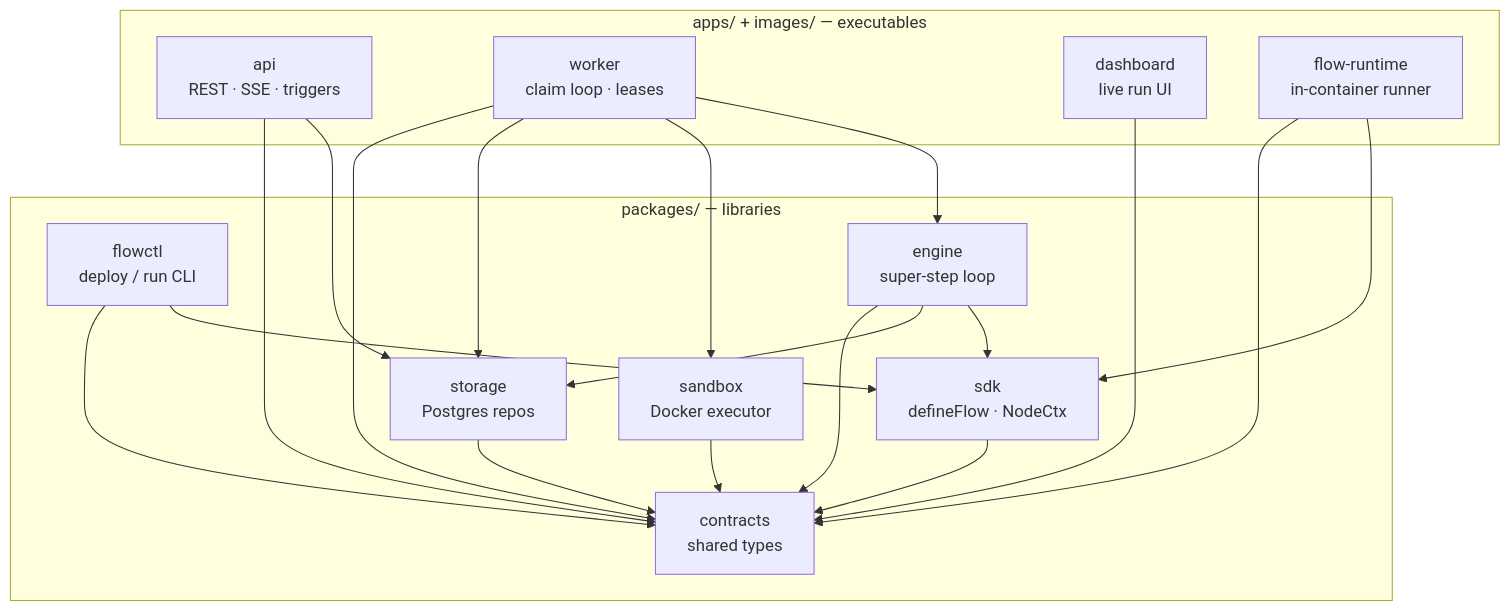
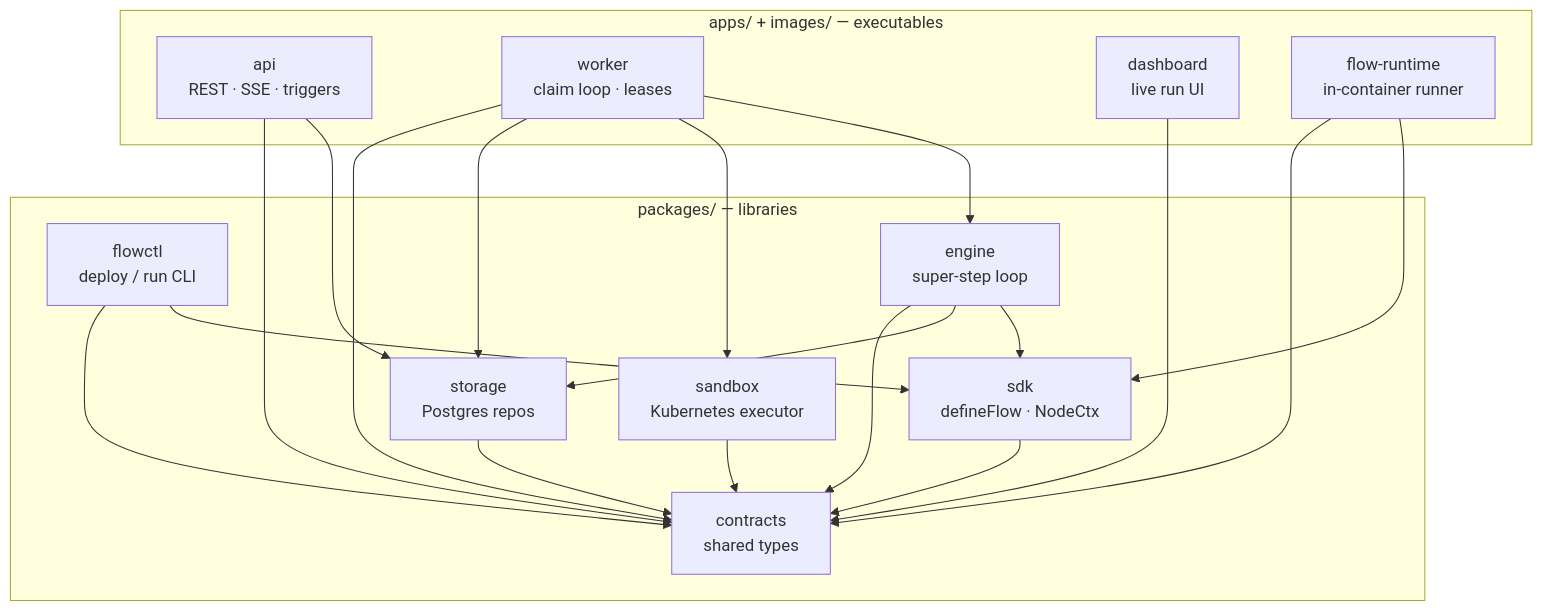
Before and after one commit to hrstkatomas/state-machine-as-a-service: the first of 2 diagrams in README.md, drawn with Mermaid. The commit also changed other lines of this file and 14 other files, not shown here.

Commit message:
Swap docker runner for kubernetes runner

````diff
--- a/README.md
+++ b/README.md
@@ -106,35 +131,35 @@
 ```mermaid
 graph TD
     subgraph apps["apps/ + images/ — executables"]
         api["api<br/>REST · SSE · triggers"]
         worker["worker<br/>claim loop · leases"]
         dashboard["dashboard<br/>live run UI"]
         runtime["flow-runtime<br/>in-container runner"]
     end
     subgraph pkgs["packages/ — libraries"]
         flowctl["flowctl<br/>deploy / run CLI"]
         engine["engine<br/>super-step loop"]
         sdk["sdk<br/>defineFlow · NodeCtx"]
         storage["storage<br/>Postgres repos"]
-        sandbox["sandbox<br/>Docker executor"]
+        sandbox["sandbox<br/>Kubernetes executor"]
         contracts["contracts<br/>shared types"]
     end
 
     api --> storage
     api --> contracts
     worker --> engine
     worker --> sandbox
     worker --> storage
     worker --> contracts
     dashboard --> contracts
     runtime --> sdk
     runtime --> contracts
     flowctl --> sdk
     flowctl --> contracts
     engine --> sdk
     engine --> storage
     engine --> contracts
     sdk --> contracts
     storage --> contracts
     sandbox --> contracts
 ```
````
